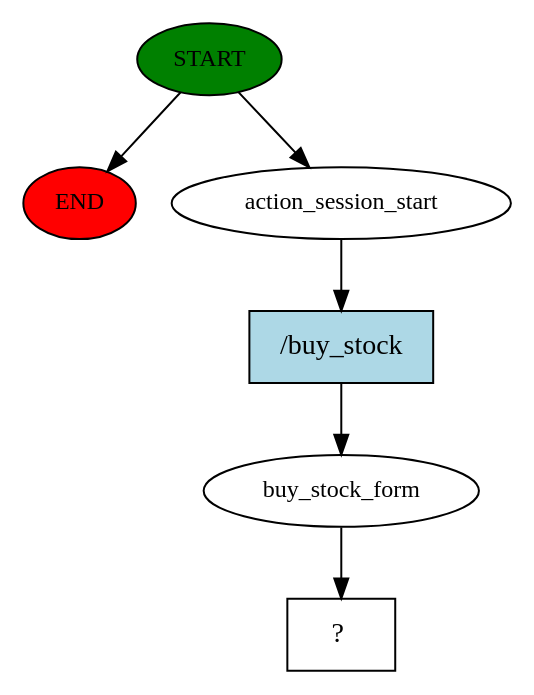
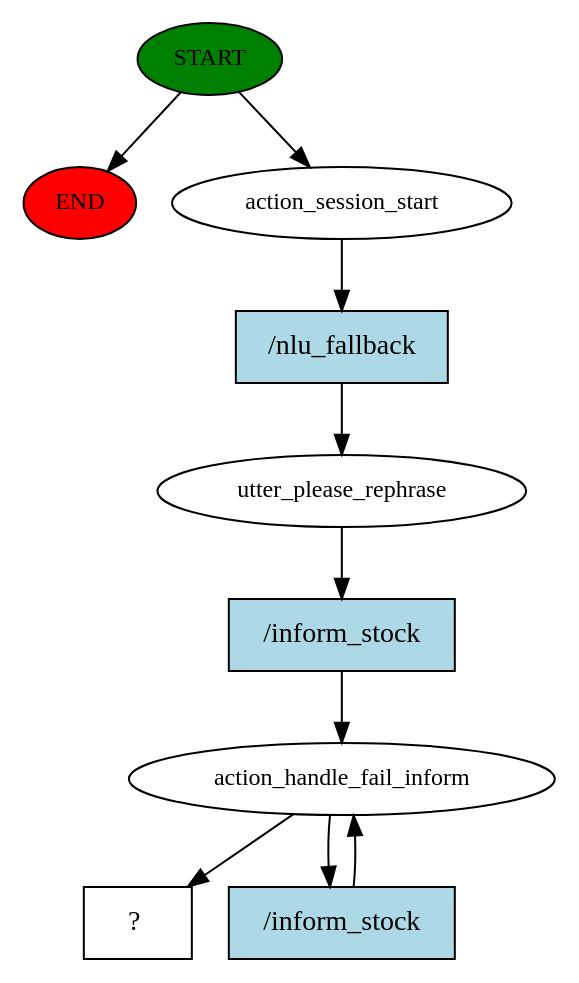
The diagram in story_graph.dot (medAzizBennour/rasa_borhen), drawn with Graphviz before and after one commit. The commit also changed 22 other files, not shown here.

Commit message:
handling buy stock errors

```diff
--- a/story_graph.dot
+++ b/story_graph.dot
@@ -1,13 +1,20 @@
 digraph  {
 0 [class="start active", fillcolor=green, fontsize=12, label=START, style=filled];
 "-1" [class=end, fillcolor=red, fontsize=12, label=END, style=filled];
 1 [class=active, fontsize=12, label=action_session_start];
-2 [class=active, fontsize=12, label=buy_stock_form];
-3 [class="intent dashed active", label="  ?  ", shape=rect];
-4 [class="intent active", fillcolor=lightblue, label="/buy_stock", shape=rect, style=filled];
+2 [class=active, fontsize=12, label=utter_please_rephrase];
+3 [class=active, fontsize=12, label=action_handle_fail_inform];
+5 [class="intent dashed active", label="  ?  ", shape=rect];
+6 [class="intent active", fillcolor=lightblue, label="/nlu_fallback", shape=rect, style=filled];
+7 [class="intent active", fillcolor=lightblue, label="/inform_stock", shape=rect, style=filled];
+8 [class="intent active", fillcolor=lightblue, label="/inform_stock", shape=rect, style=filled];
 0 -> "-1"  [class="", key=NONE, label=""];
 0 -> 1  [class=active, key=NONE, label=""];
-1 -> 4  [class=active, key=0];
-2 -> 3  [class=active, key=NONE, label=""];
-4 -> 2  [class=active, key=0];
+1 -> 6  [class=active, key=0];
+2 -> 7  [class=active, key=0];
+3 -> 5  [class=active, key=NONE, label=""];
+3 -> 8  [class=active, key=0];
+6 -> 2  [class=active, key=0];
+7 -> 3  [class=active, key=0];
+8 -> 3  [class=active, key=0];
 }
```
